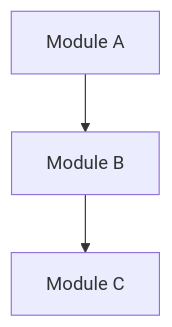
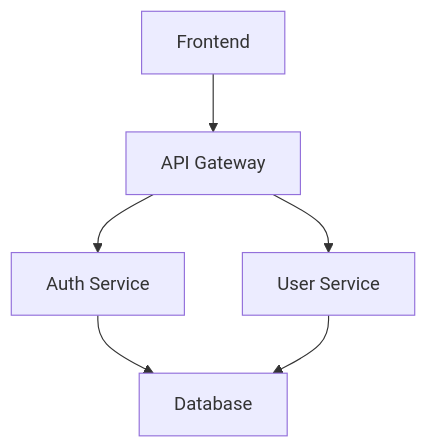
One commit to djb258/repo-lens changed the diagram in README.md. Above: the diagram before and after it, drawn with Mermaid. The commit also changed other lines of this file, not shown here.

````diff
--- a/README.md
+++ b/README.md
@@ -104,10 +132,8 @@
 ```mermaid
-graph TB
-    A[Module A] --> B[Module B]
-    B --> C[Module C]
-    
-    classDef healthy fill:#10B981
-    classDef warning fill:#F59E0B
-    classDef critical fill:#F97316
-    classDef escalated fill:#EF4444
+graph TD
+    A[Frontend] --> B[API Gateway]
+    B --> C[Auth Service]
+    B --> D[User Service]
+    C --> E[Database]
+    D --> E
 ```
````
